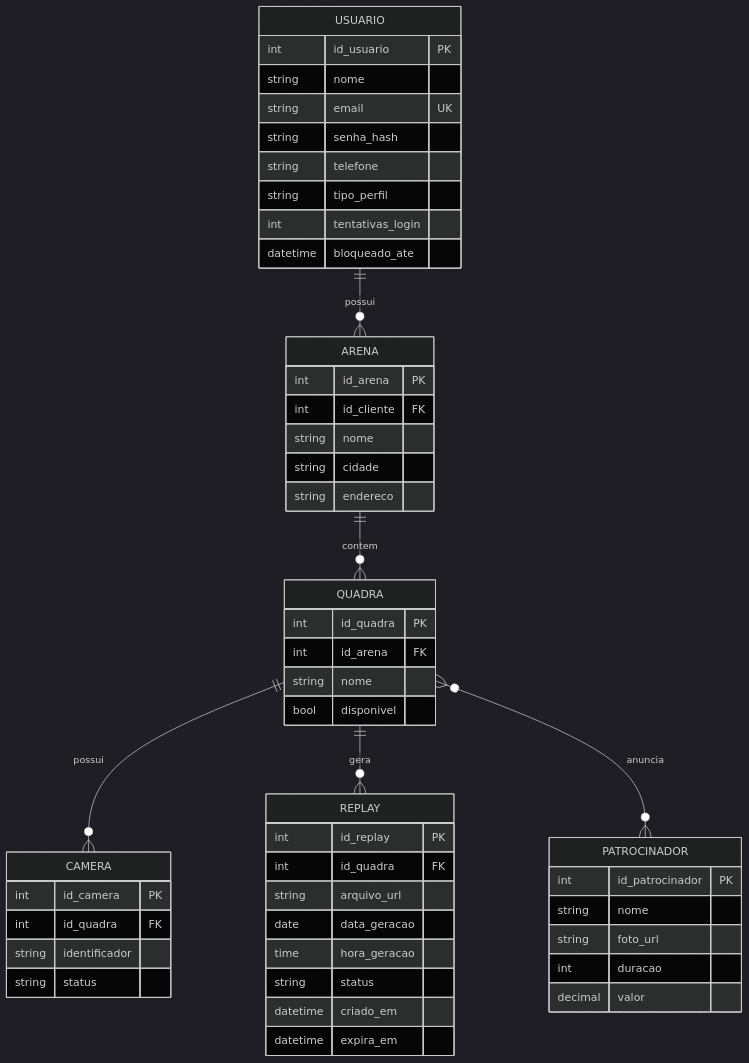
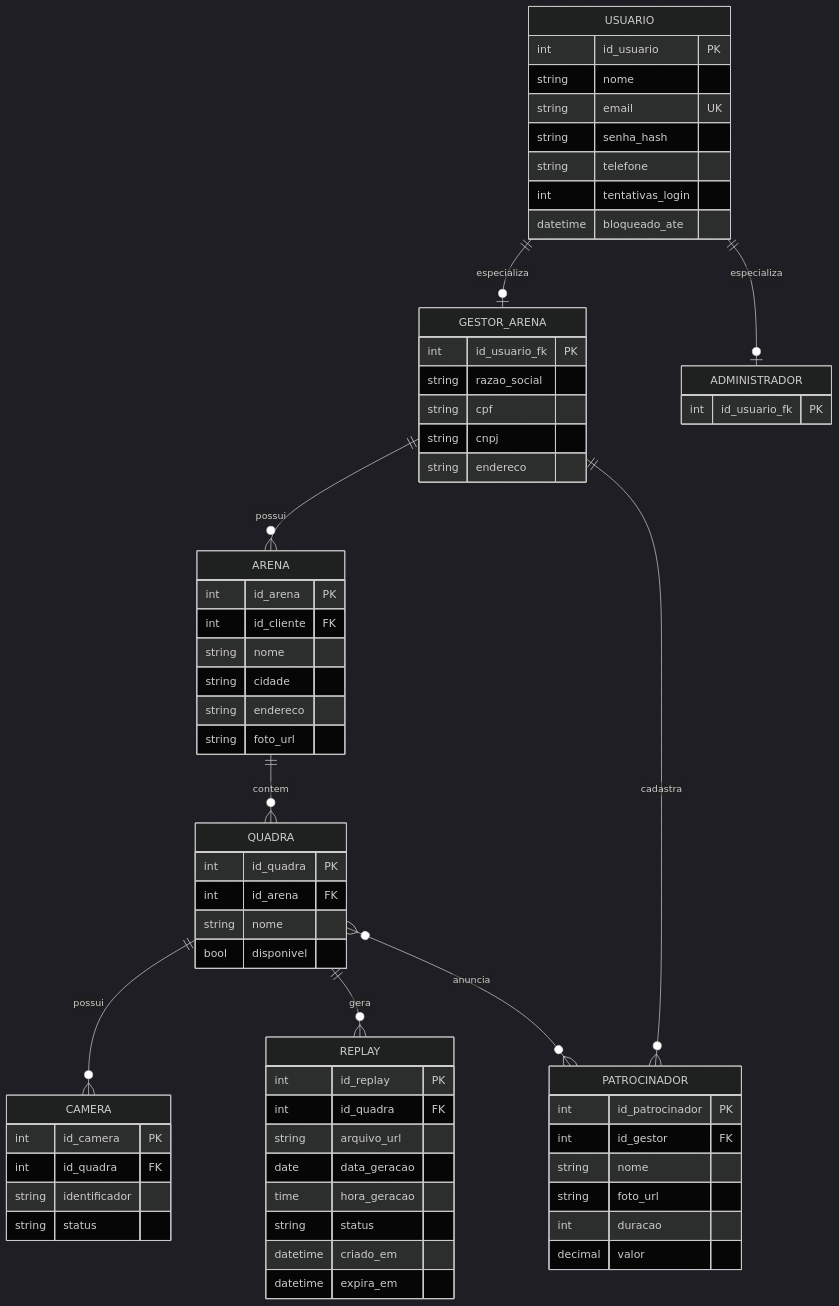
One commit to PI2-2026-2-equipe-03/PI2-2026-2-equipe-03 changed the first of 2 diagrams in docs/modelo-entidade-relacionamento.md. Above: the diagram before and after it, drawn with Mermaid (dark theme). The commit also changed other lines of this file, not shown here.

Commit message:
docs: melhoria na modelagem de usuario

````diff
--- a/docs/modelo-entidade-relacionamento.md
+++ b/docs/modelo-entidade-relacionamento.md
@@ -21,55 +25,69 @@
 ```mermaid
 erDiagram
-    USUARIO ||--o{ ARENA : possui
+    USUARIO ||--o| GESTOR_ARENA : especializa
+    USUARIO ||--o| ADMINISTRADOR : especializa
+    GESTOR_ARENA ||--o{ ARENA : possui
+    GESTOR_ARENA ||--o{ PATROCINADOR : cadastra
     ARENA ||--o{ QUADRA : contem
     QUADRA ||--o{ CAMERA : possui
     QUADRA ||--o{ REPLAY : gera
     QUADRA }o--o{ PATROCINADOR : anuncia
 
     USUARIO {
         int id_usuario PK
         string nome
         string email UK
         string senha_hash
         string telefone
-        string tipo_perfil
         int tentativas_login
         datetime bloqueado_ate
+    }
+    GESTOR_ARENA {
+        int id_usuario_fk PK
+        string razao_social
+        string cpf
+        string cnpj
+        string endereco
+    }
+    ADMINISTRADOR {
+        int id_usuario_fk PK
     }
     ARENA {
         int id_arena PK
         int id_cliente FK
         string nome
         string cidade
         string endereco
+        string foto_url
     }
     QUADRA {
         int id_quadra PK
         int id_arena FK
         string nome
         bool disponivel
     }
     CAMERA {
         int id_camera PK
         int id_quadra FK
         string identificador
         string status
     }
     REPLAY {
         int id_replay PK
         int id_quadra FK
         string arquivo_url
         date data_geracao
         time hora_geracao
         string status
         datetime criado_em
         datetime expira_em
     }
     PATROCINADOR {
         int id_patrocinador PK
+        int id_gestor FK
         string nome
         string foto_url
         int duracao
         decimal valor
     }
 ```
````
